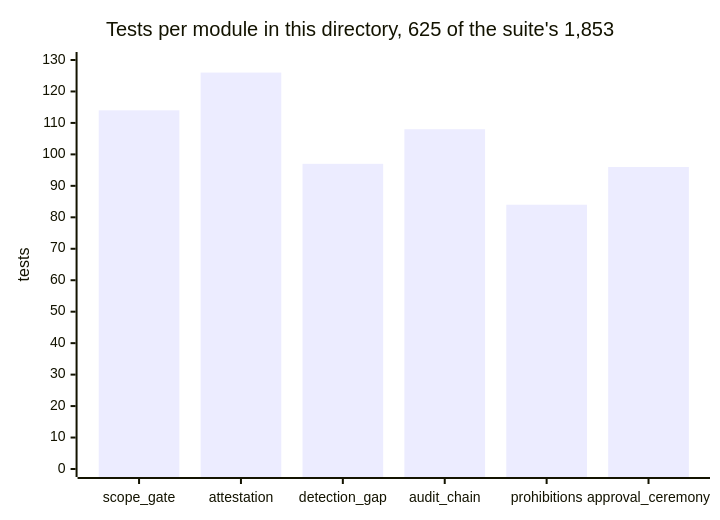
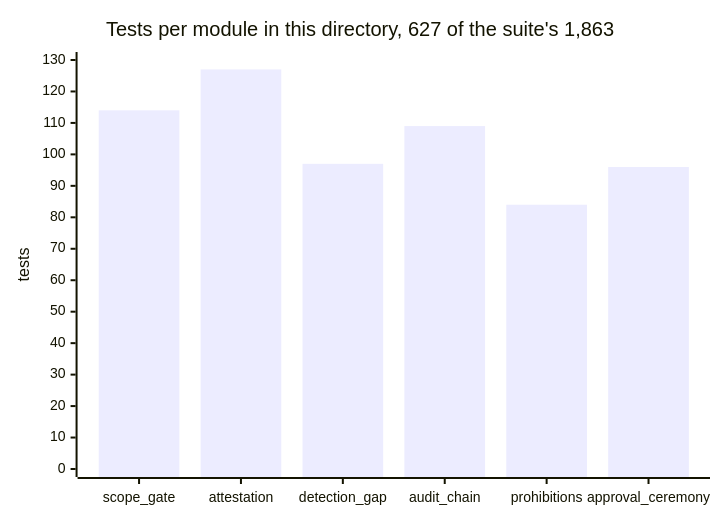
One commit to greeklinux/Showcase changed the ninth of 10 diagrams in blackgate/README.md. Above: the diagram before and after it, drawn with Mermaid. The commit also changed other lines of this file and 27 other files, not shown here.

````diff
--- a/blackgate/README.md
+++ b/blackgate/README.md
@@ -827,7 +827,7 @@
 ```mermaid
 xychart-beta
-    title "Tests per module in this directory, 625 of the suite's 1,853"
+    title "Tests per module in this directory, 627 of the suite's 1,863"
     x-axis ["scope_gate", "attestation", "detection_gap", "audit_chain", "prohibitions", "approval_ceremony"]
     y-axis "tests" 0 --> 130
-    bar [114, 126, 97, 108, 84, 96]
+    bar [114, 127, 97, 109, 84, 96]
 ```
````
